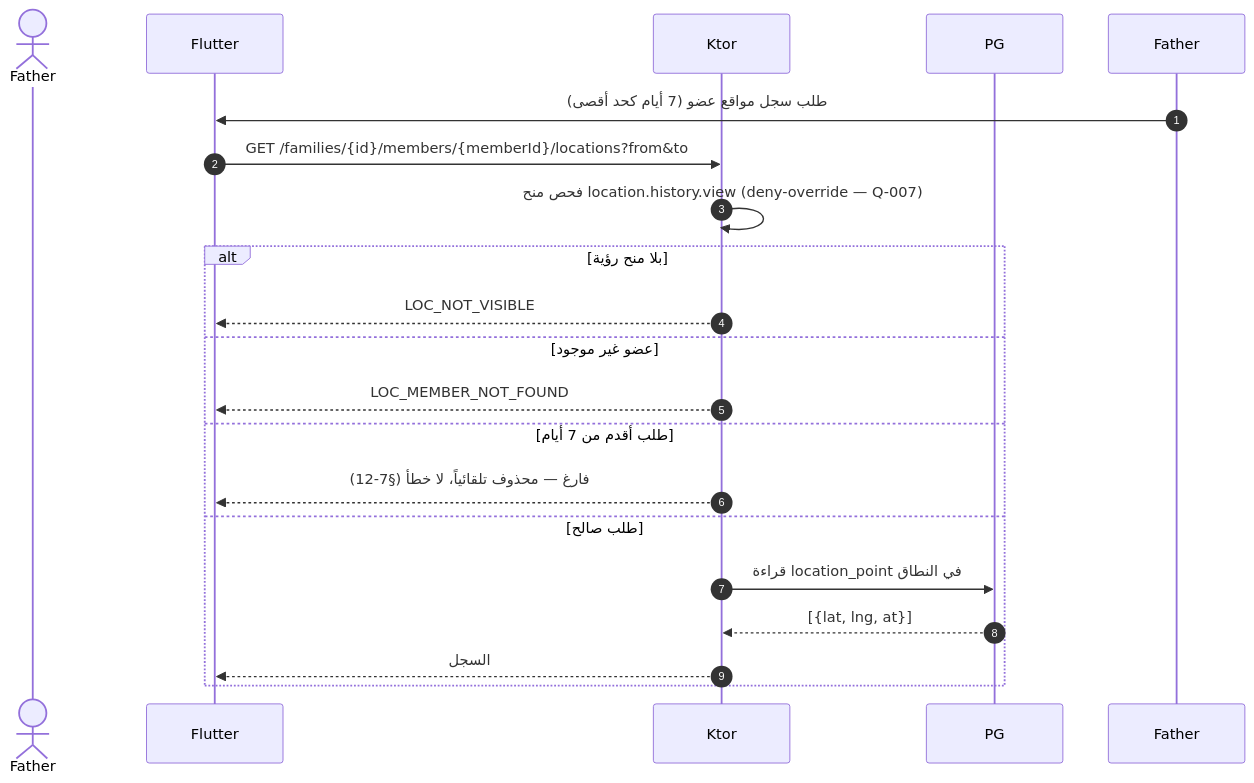
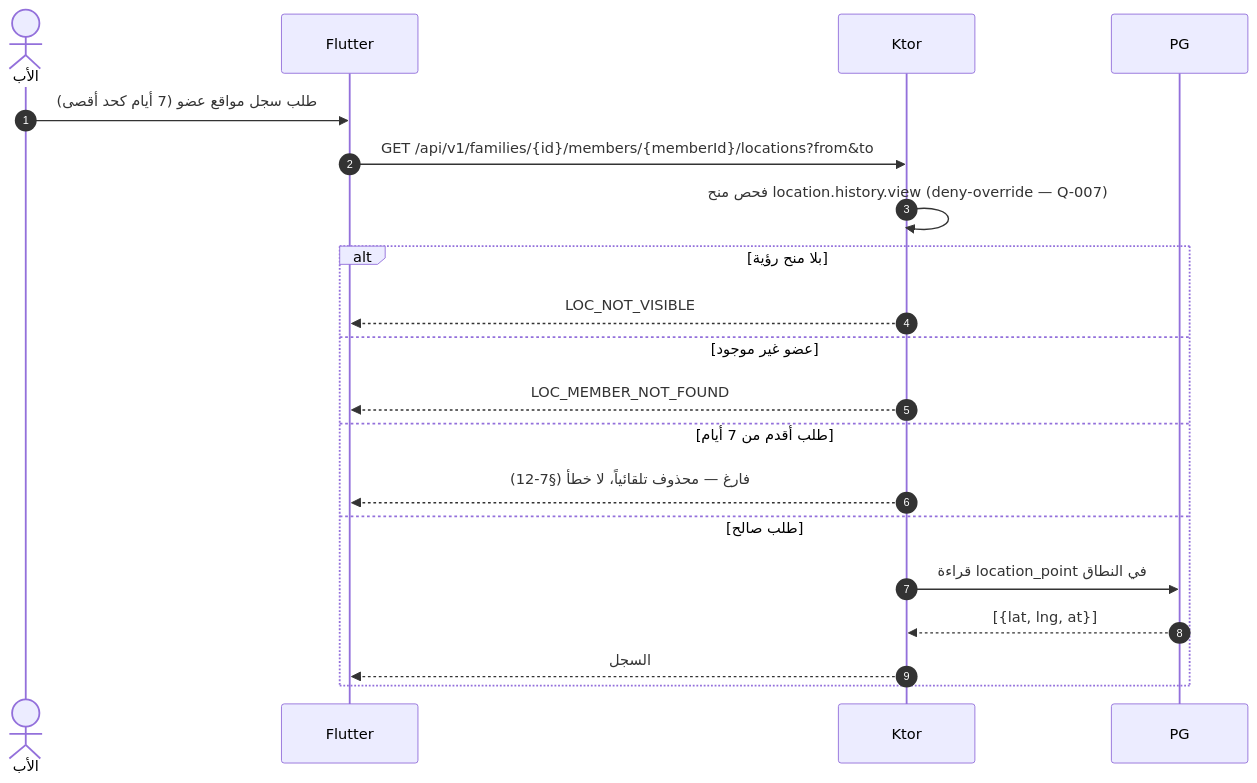
The ninth of 13 diagrams in docs/family-os/governance/phases/phase-1/S1-07-location-basic/DIAGRAMS.md (Bassam-mohammed-alqaeadi/family-os-v2), drawn with Mermaid before and after one commit. The commit also changed other lines of this file and 10 other files, not shown here.

Commit message:
إغلاق المراجعة الشاملة R1–R5 (Q-196…Q-231) — المخططات DIAGRAMS + خريطة السياق (2/4)

````diff
--- a/docs/family-os/governance/phases/phase-1/S1-07-location-basic/DIAGRAMS.md
+++ b/docs/family-os/governance/phases/phase-1/S1-07-location-basic/DIAGRAMS.md
@@ -305,22 +304,22 @@
 ```mermaid
 sequenceDiagram
     autonumber
-    actor الأب as Father
+    actor Father as الأب
     participant التطبيق as Flutter
     participant الخادم as Ktor
     participant المخزن as PG
     Father->>التطبيق: طلب سجل مواقع عضو (7 أيام كحد أقصى)
-    التطبيق->>الخادم: GET /families/{id}/members/{memberId}/locations?from&to
+    التطبيق->>الخادم: GET /api/v1/families/{id}/members/{memberId}/locations?from&to
     الخادم->>الخادم: فحص منح location.history.view (deny-override — Q-007)
     alt بلا منح رؤية
         الخادم-->>التطبيق: LOC_NOT_VISIBLE
     else عضو غير موجود
         الخادم-->>التطبيق: LOC_MEMBER_NOT_FOUND
     else طلب أقدم من 7 أيام
         الخادم-->>التطبيق: فارغ — محذوف تلقائياً، لا خطأ (§7-12)
     else طلب صالح
         الخادم->>المخزن: قراءة location_point في النطاق
         المخزن-->>الخادم: [{lat, lng, at}]
         الخادم-->>التطبيق: السجل
     end
 ```
````
